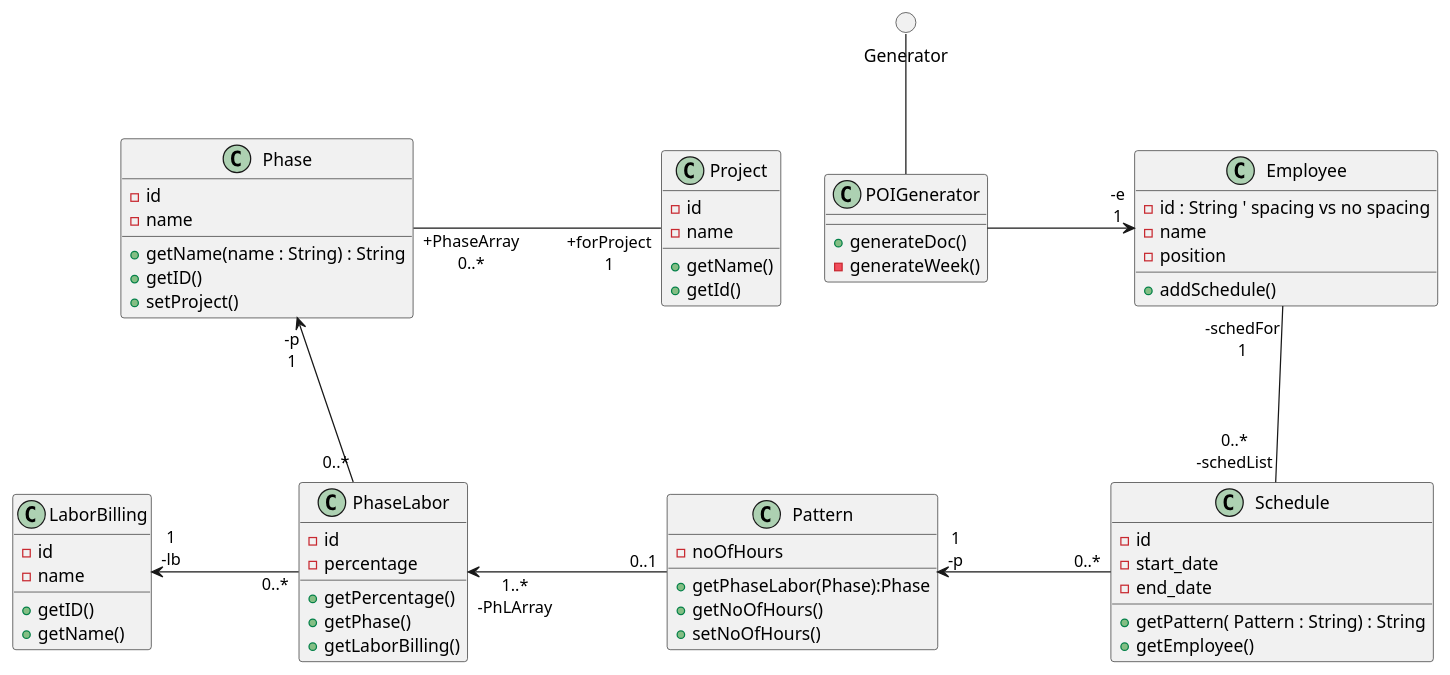
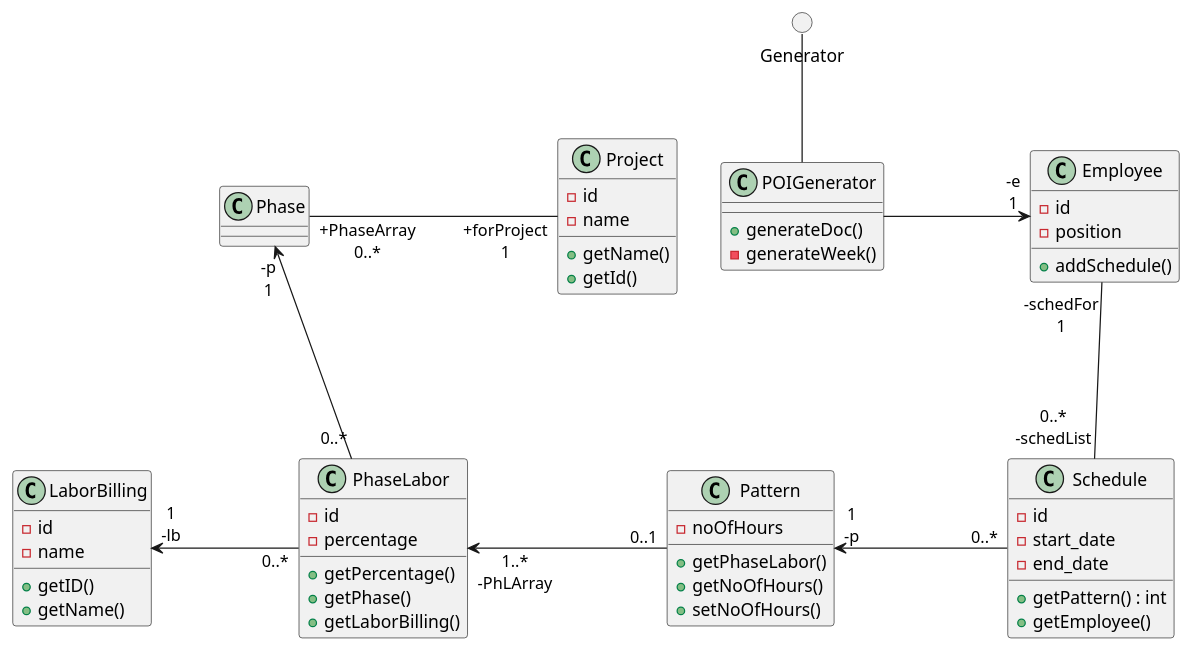
The diagram in artefacts/scripts/p4.puml (sh4r10/thesis-autogen-classdiagrams), drawn with PlantUML before and after one commit. The commit also changed 4 other files, not shown here.

```diff
--- a/artefacts/scripts/p4.puml
+++ b/artefacts/scripts/p4.puml
@@ -1,71 +1,66 @@
 @startuml
 ' Class declarations
 class Project {
   - id
   - name
   + getName()
   + getId()
 }
 
-class Phase {
-  - id
-  - name
-  + getName(name : String) : String
-  + getID()
-  + setProject()
-}
+' phase class removed, major fp
 
 class POIGenerator {
   + generateDoc()
   - generateWeek()
 }
 
+' name removed, moderate fp
 class Employee {
-  - id : String ' spacing vs no spacing
-  - name
-  - position 
+  - id
+  - position
   + addSchedule()
 }
 
+' added return type, minor fn
 class Schedule {
   - id 
   - start_date
   - end_date
-  + getPattern( Pattern : String) : String
+  + getPattern() : int
   + getEmployee()
 }
 
 class Pattern {
   - noOfHours
-  + getPhaseLabor(Phase):Phase
+  + getPhaseLabor()
   + getNoOfHours()
   + setNoOfHours()
 }
 
 class PhaseLabor {
   - id 
   - percentage
   + getPercentage()
   + getPhase()
   + getLaborBilling()
 }
 
 class LaborBilling {
   - id 
   - name
   + getID()
   + getName()
 }
 
 circle Generator
 
 ' Relationships
 Project "+forProject\n1" -l-  "+PhaseArray\n0..*" Phase : \t\t\t\t\t\t
 Generator -d- POIGenerator
 POIGenerator -r--> "-e\n1" Employee: \t\t\t
 Employee "-schedFor\n1" -d- "0..*\n-schedList" Schedule: \n\n\n
 Schedule "0..*" -l-> "1\n-p" Pattern: \t\t\t
 Pattern "0..1" -l-> "1..*\n-PhLArray" PhaseLabor: \t\t\t
 PhaseLabor "0..*" -l-> "1\n-lb" LaborBilling: \t\t\t
 PhaseLabor "0..*" -u-> "-p\n1" Phase
 @enduml
```
